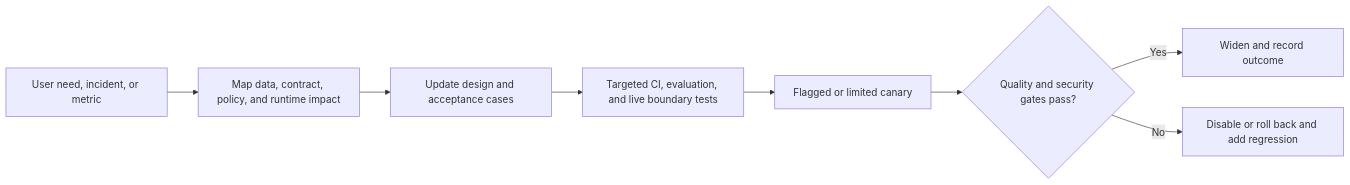
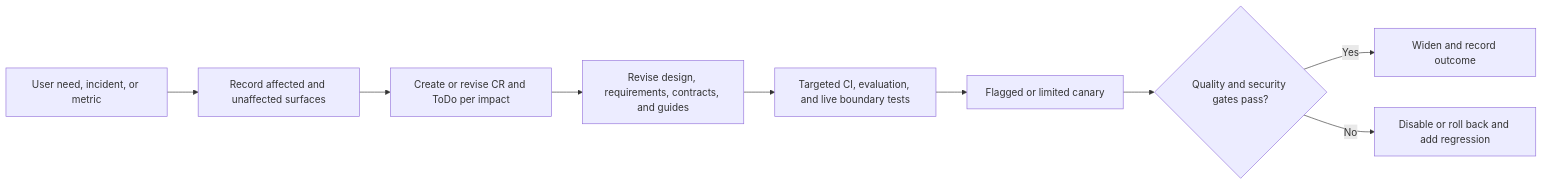
The third of 3 diagrams in AGENTS.md (gvaibhav/openshell-deep-research-platform), drawn with Mermaid before and after one commit. The commit also changed other lines of this file and 35 other files, not shown here.

````diff
--- a/AGENTS.md
+++ b/AGENTS.md
@@ -83,10 +116,11 @@
 ```mermaid
 flowchart LR
-    Signal[User need, incident, or metric] --> Impact[Map data, contract, policy, and runtime impact]
-    Impact --> Design[Update design and acceptance cases]
+    Signal[User need, incident, or metric] --> Impact[Record affected and unaffected surfaces]
+    Impact --> Pair[Create or revise CR and ToDo per impact]
+    Pair --> Design[Revise design, requirements, contracts, and guides]
     Design --> Verify[Targeted CI, evaluation, and live boundary tests]
     Verify --> Canary[Flagged or limited canary]
     Canary --> Observe{Quality and security gates pass?}
     Observe -->|Yes| Adopt[Widen and record outcome]
     Observe -->|No| Revert[Disable or roll back and add regression]
 ```
````
